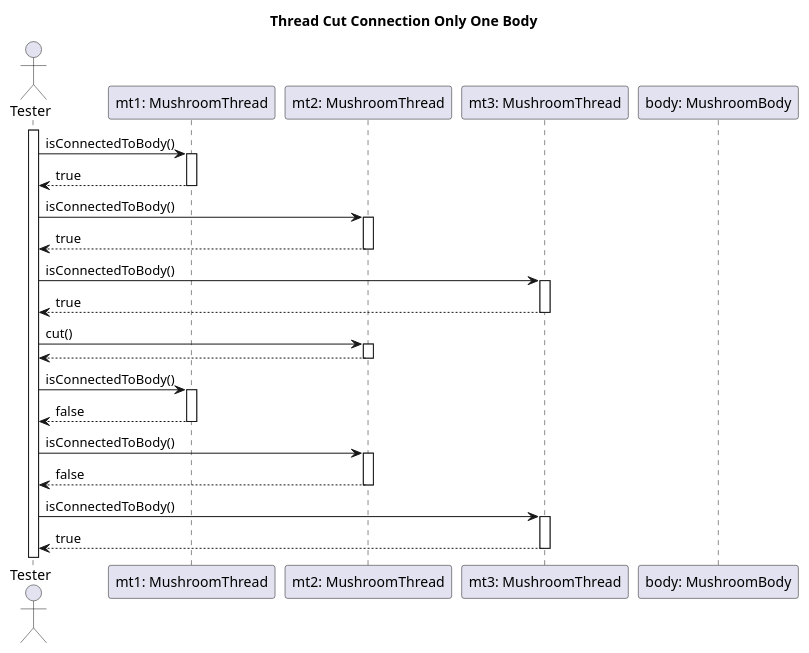
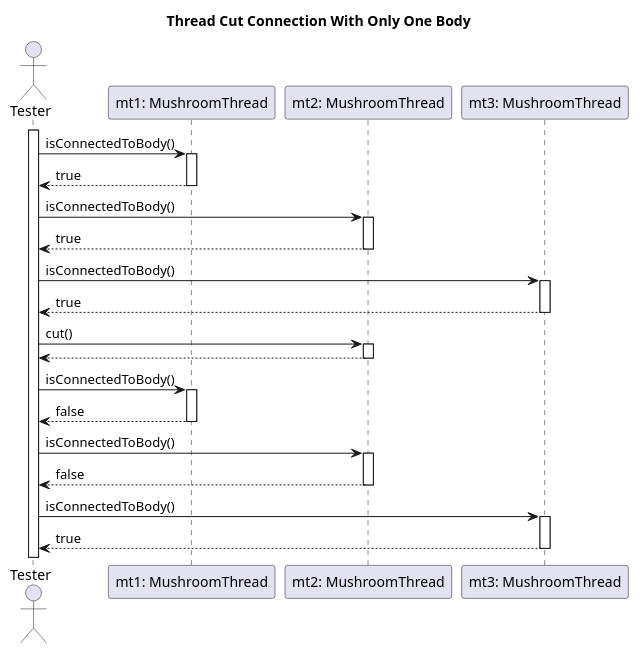
The diagram in diagrams/test-sequence/mushroom/threadCutConnectionOnlyOneBody.wsd (dzsem/projlab), drawn with PlantUML before and after one commit. The commit also changed 1 other file, not shown here.

Commit message:
Added thread cut connection two bodies test sequence

```diff
--- a/diagrams/test-sequence/mushroom/threadCutConnectionOnlyOneBody.wsd
+++ b/diagrams/test-sequence/mushroom/threadCutConnectionOnlyOneBody.wsd
@@ -1,50 +1,48 @@
 @startuml Thread Cut Connection Only One Body
 
-title Thread Cut Connection Only One Body
+title Thread Cut Connection With Only One Body
 
 actor "Tester" as tester
 
 participant "mt1: MushroomThread" as mt1
 participant "mt2: MushroomThread" as mt2
 participant "mt3: MushroomThread" as mt3
-
-participant "body: MushroomBody" as mb
 
 activate tester
 
 tester -> mt1: isConnectedToBody()
 activate mt1
 mt1 --> tester: true
 deactivate mt1
 
 tester -> mt2: isConnectedToBody()
 activate mt2
 mt2 --> tester: true
 deactivate mt2
 
 tester -> mt3: isConnectedToBody()
 activate mt3
 mt3 --> tester: true
 deactivate mt3
 
 tester -> mt2: cut()
 activate mt2
 mt2 --> tester
 deactivate mt2
 
 tester -> mt1: isConnectedToBody()
 activate mt1
 mt1 --> tester: false
 deactivate mt1
 
 tester -> mt2: isConnectedToBody()
 activate mt2
 mt2 --> tester: false
 deactivate mt2
 
 tester -> mt3: isConnectedToBody()
 activate mt3
 mt3 --> tester: true
 deactivate mt3
 
 @enduml
```
